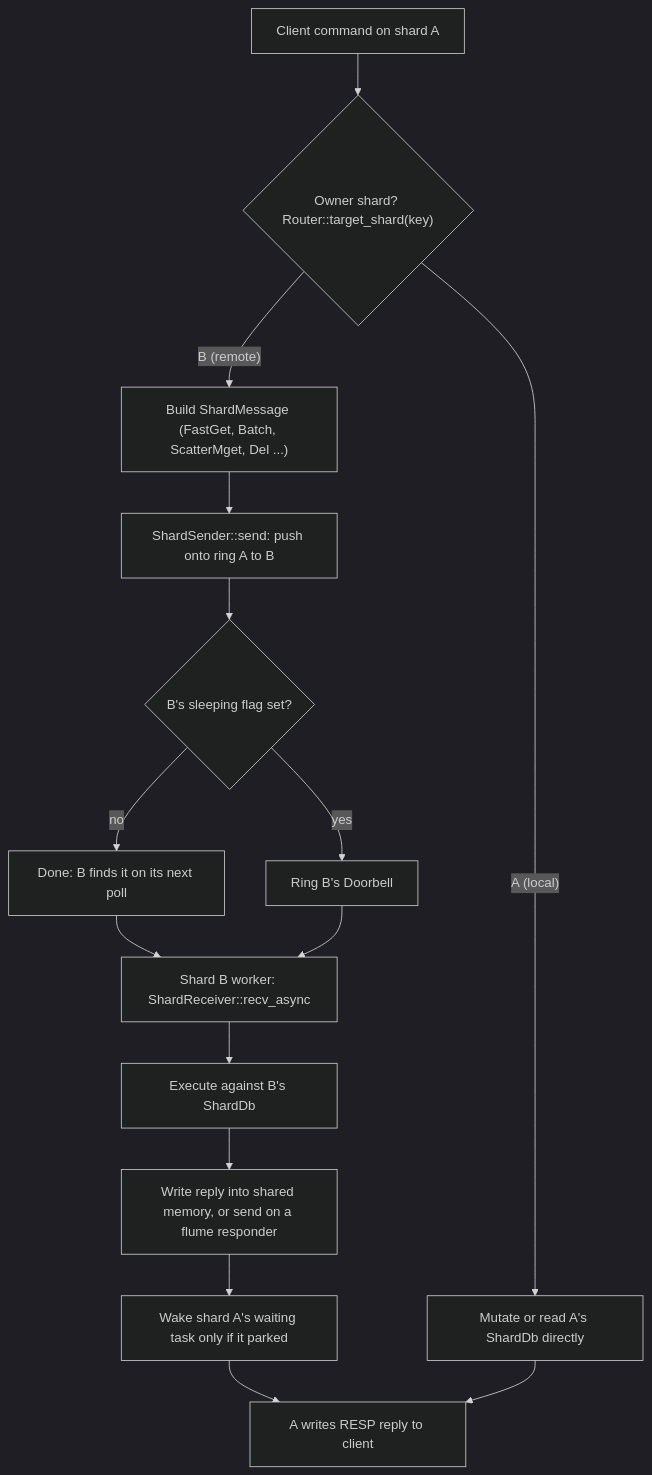
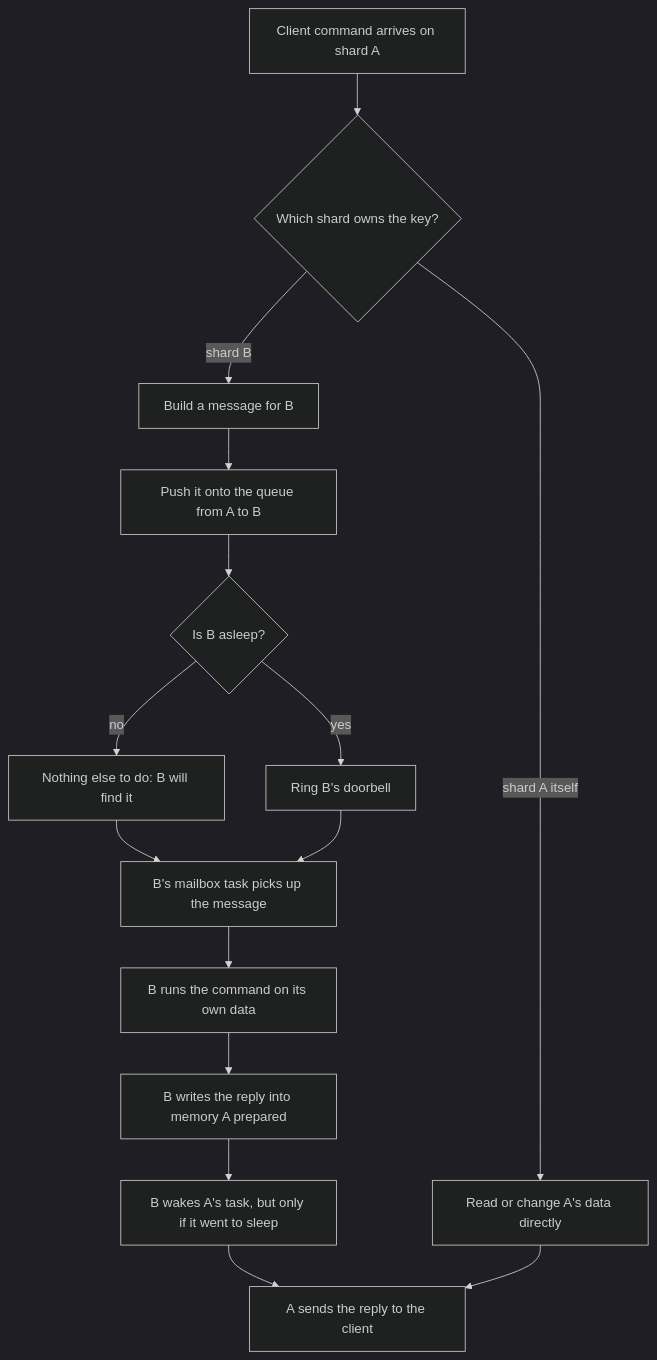
The first of 4 diagrams in docs/internal/04_sharding_mesh.md (warrenzhu25/rudis), drawn with Mermaid (dark theme) before and after one commit. The commit also changed other lines of this file and 18 other files, not shown here.

````diff
--- a/docs/internal/04_sharding_mesh.md
+++ b/docs/internal/04_sharding_mesh.md
@@ -50,17 +43,17 @@
 ```mermaid
 flowchart TD
-    C["Client command on shard A"] --> R{"Owner shard? Router::target_shard(key)"}
-    R -- "A (local)" --> L["Mutate or read A's ShardDb directly"]
-    R -- "B (remote)" --> M["Build ShardMessage (FastGet, Batch, ScatterMget, Del ...)"]
-    M --> P["ShardSender::send: push onto ring A to B"]
-    P --> S{"B's sleeping flag set?"}
-    S -- "no" --> Q["Done: B finds it on its next poll"]
-    S -- "yes" --> D["Ring B's Doorbell"]
-    Q --> W["Shard B worker: ShardReceiver::recv_async"]
+    C["Client command arrives on shard A"] --> R{"Which shard owns the key?"}
+    R -- "shard A itself" --> L["Read or change A's data directly"]
+    R -- "shard B" --> M["Build a message for B"]
+    M --> P["Push it onto the queue from A to B"]
+    P --> S{"Is B asleep?"}
+    S -- "no" --> Q["Nothing else to do: B will find it"]
+    S -- "yes" --> D["Ring B's doorbell"]
+    Q --> W["B's mailbox task picks up the message"]
     D --> W
-    W --> X["Execute against B's ShardDb"]
-    X --> Y["Write reply into shared memory, or send on a flume responder"]
-    Y --> Z["Wake shard A's waiting task only if it parked"]
-    Z --> C2["A writes RESP reply to client"]
+    W --> X["B runs the command on its own data"]
+    X --> Y["B writes the reply into memory A prepared"]
+    Y --> Z["B wakes A's task, but only if it went to sleep"]
+    Z --> C2["A sends the reply to the client"]
     L --> C2
 ```
````
